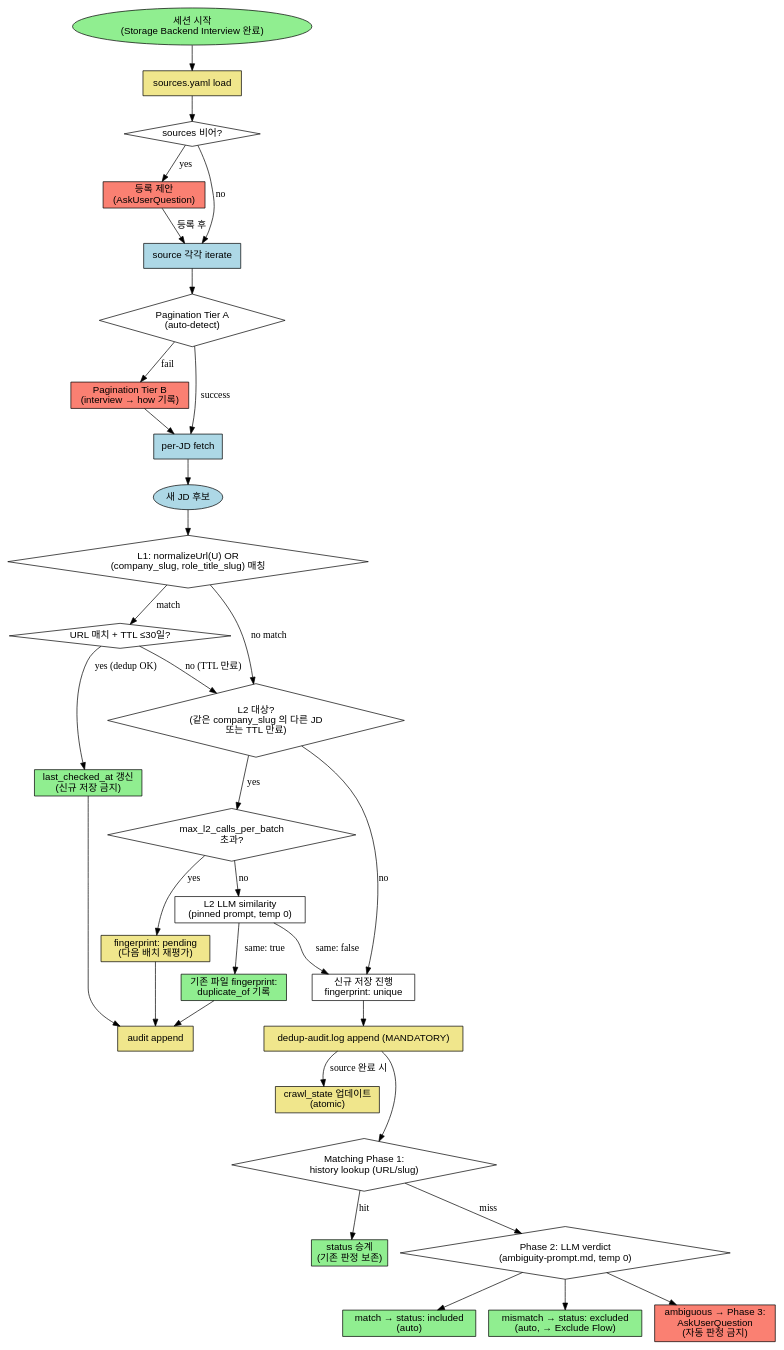
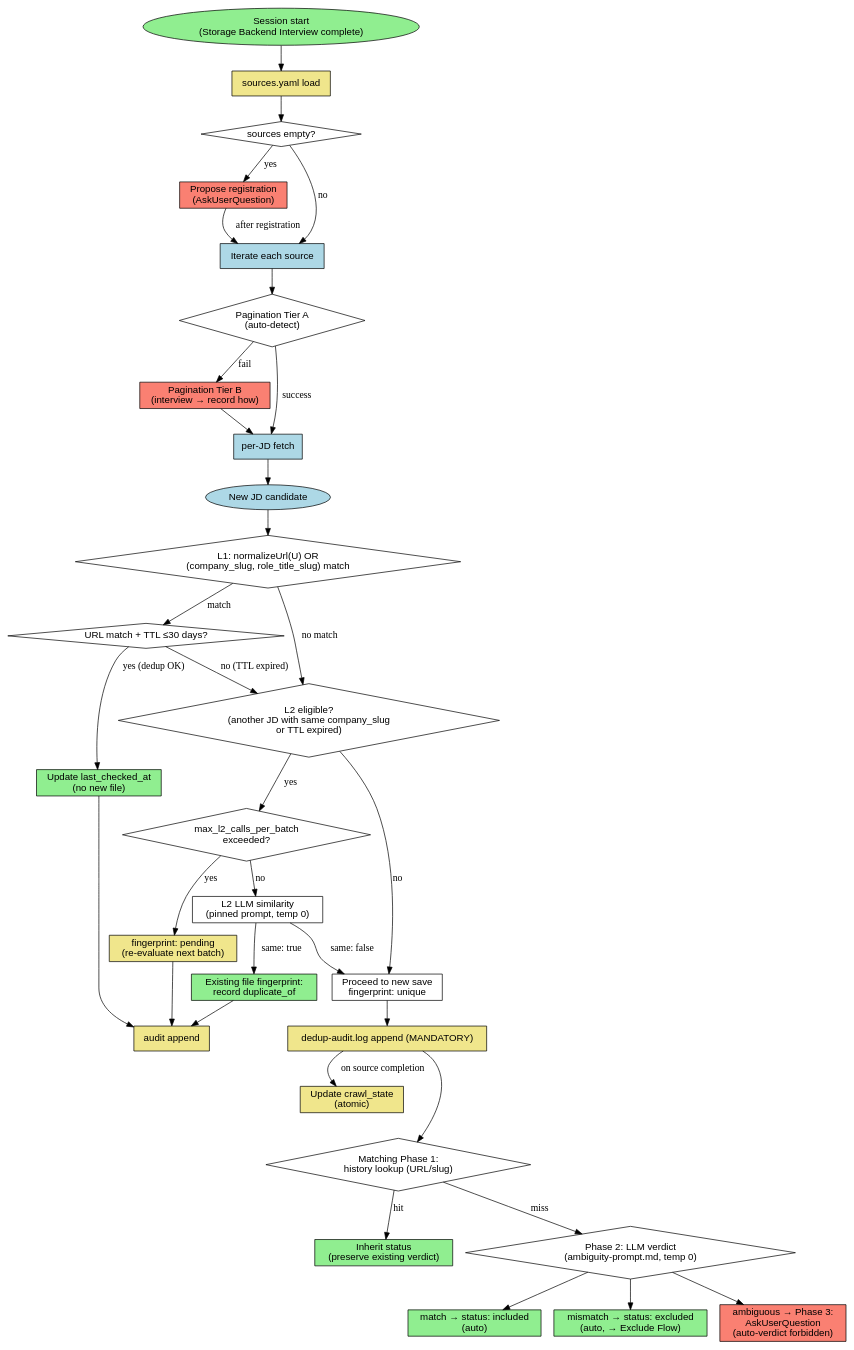
The first of 8 diagrams in skills/collect-jd/reference/rules.md (toongri/oh-my-toong-playground), drawn with Graphviz before and after one commit. The commit also changed other lines of this file and 3 other files, not shown here.

````diff
--- a/skills/collect-jd/reference/rules.md
+++ b/skills/collect-jd/reference/rules.md
@@ -39,73 +41,73 @@
 ```dot
 digraph dedup_matching_flow {
   rankdir=TB;
   node [shape=box, fontname="Helvetica"];
 
-  start [label="세션 시작\n(Storage Backend Interview 완료)", shape=ellipse, style=filled, fillcolor=lightgreen];
+  start [label="Session start\n(Storage Backend Interview complete)", shape=ellipse, style=filled, fillcolor=lightgreen];
   sources_load [label="sources.yaml load", style=filled, fillcolor=khaki];
-  sources_empty [label="sources 비어?", shape=diamond];
-  ask_register [label="등록 제안\n(AskUserQuestion)", style=filled, fillcolor=salmon];
-  source_iter [label="source 각각 iterate", style=filled, fillcolor=lightblue];
+  sources_empty [label="sources empty?", shape=diamond];
+  ask_register [label="Propose registration\n(AskUserQuestion)", style=filled, fillcolor=salmon];
+  source_iter [label="Iterate each source", style=filled, fillcolor=lightblue];
   pagination_tierA [label="Pagination Tier A\n(auto-detect)", shape=diamond];
-  pagination_tierB [label="Pagination Tier B\n(interview → how 기록)", style=filled, fillcolor=salmon];
+  pagination_tierB [label="Pagination Tier B\n(interview → record how)", style=filled, fillcolor=salmon];
   per_jd_fetch [label="per-JD fetch", style=filled, fillcolor=lightblue];
-  hwm_update [label="crawl_state 업데이트\n(atomic)", style=filled, fillcolor=khaki];
+  hwm_update [label="Update crawl_state\n(atomic)", style=filled, fillcolor=khaki];
 
-  candidate [label="새 JD 후보", shape=ellipse, style=filled, fillcolor=lightblue];
+  candidate [label="New JD candidate", shape=ellipse, style=filled, fillcolor=lightblue];
 
-  l1 [label="L1: normalizeUrl(U) OR\n(company_slug, role_title_slug) 매칭", shape=diamond];
-  l1_url [label="URL 매치 + TTL ≤30일?", shape=diamond];
-  update_ts [label="last_checked_at 갱신\n(신규 저장 금지)", style=filled, fillcolor=lightgreen];
+  l1 [label="L1: normalizeUrl(U) OR\n(company_slug, role_title_slug) match", shape=diamond];
+  l1_url [label="URL match + TTL ≤30 days?", shape=diamond];
+  update_ts [label="Update last_checked_at\n(no new file)", style=filled, fillcolor=lightgreen];
 
-  l2_eligible [label="L2 대상?\n(같은 company_slug 의 다른 JD\n또는 TTL 만료)", shape=diamond];
-  l2_cap [label="max_l2_calls_per_batch\n초과?", shape=diamond];
-  l2_pending [label="fingerprint: pending\n(다음 배치 재평가)", style=filled, fillcolor=khaki];
+  l2_eligible [label="L2 eligible?\n(another JD with same company_slug\nor TTL expired)", shape=diamond];
+  l2_cap [label="max_l2_calls_per_batch\nexceeded?", shape=diamond];
+  l2_pending [label="fingerprint: pending\n(re-evaluate next batch)", style=filled, fillcolor=khaki];
   l2_call [label="L2 LLM similarity\n(pinned prompt, temp 0)"];
-  l2_dup [label="기존 파일 fingerprint:\nduplicate_of 기록", style=filled, fillcolor=lightgreen];
-  save_unique [label="신규 저장 진행\nfingerprint: unique"];
+  l2_dup [label="Existing file fingerprint:\nrecord duplicate_of", style=filled, fillcolor=lightgreen];
+  save_unique [label="Proceed to new save\nfingerprint: unique"];
 
   audit [label="dedup-audit.log append (MANDATORY)", style=filled, fillcolor=khaki];
   audit_end [label="audit append", style=filled, fillcolor=khaki];
 
   phase1 [label="Matching Phase 1:\nhistory lookup (URL/slug)", shape=diamond];
-  inherit [label="status 승계\n(기존 판정 보존)", style=filled, fillcolor=lightgreen];
+  inherit [label="Inherit status\n(preserve existing verdict)", style=filled, fillcolor=lightgreen];
   phase2 [label="Phase 2: LLM verdict\n(ambiguity-prompt.md, temp 0)", shape=diamond];
   vmatch [label="match → status: included\n(auto)", style=filled, fillcolor=lightgreen];
   vmismatch [label="mismatch → status: excluded\n(auto, → Exclude Flow)", style=filled, fillcolor=lightgreen];
-  vambig [label="ambiguous → Phase 3:\nAskUserQuestion\n(자동 판정 금지)", style=filled, fillcolor=salmon];
+  vambig [label="ambiguous → Phase 3:\nAskUserQuestion\n(auto-verdict forbidden)", style=filled, fillcolor=salmon];
 
   start -> sources_load -> sources_empty;
   sources_empty -> ask_register [label="yes"];
   sources_empty -> source_iter [label="no"];
-  ask_register -> source_iter [label="등록 후"];
+  ask_register -> source_iter [label="after registration"];
   source_iter -> pagination_tierA;
   pagination_tierA -> per_jd_fetch [label="success"];
   pagination_tierA -> pagination_tierB [label="fail"];
   pagination_tierB -> per_jd_fetch;
   per_jd_fetch -> candidate;
 
   candidate -> l1;
   l1 -> l1_url [label="match"];
   l1 -> l2_eligible [label="no match"];
   l1_url -> update_ts [label="yes (dedup OK)"];
-  l1_url -> l2_eligible [label="no (TTL 만료)"];
+  l1_url -> l2_eligible [label="no (TTL expired)"];
   l2_eligible -> l2_cap [label="yes"];
   l2_eligible -> save_unique [label="no"];
   l2_cap -> l2_pending [label="yes"];
   l2_cap -> l2_call [label="no"];
   l2_call -> l2_dup [label="same: true"];
   l2_call -> save_unique [label="same: false"];
 
   update_ts -> audit_end;
   l2_dup -> audit_end;
   l2_pending -> audit_end;
   save_unique -> audit -> phase1;
   phase1 -> inherit [label="hit"];
   phase1 -> phase2 [label="miss"];
   phase2 -> vmatch;
   phase2 -> vmismatch;
   phase2 -> vambig;
-  audit -> hwm_update [label="source 완료 시"];
+  audit -> hwm_update [label="on source completion"];
   hwm_update -> phase1 [style=invis];
 }
 ```
````
